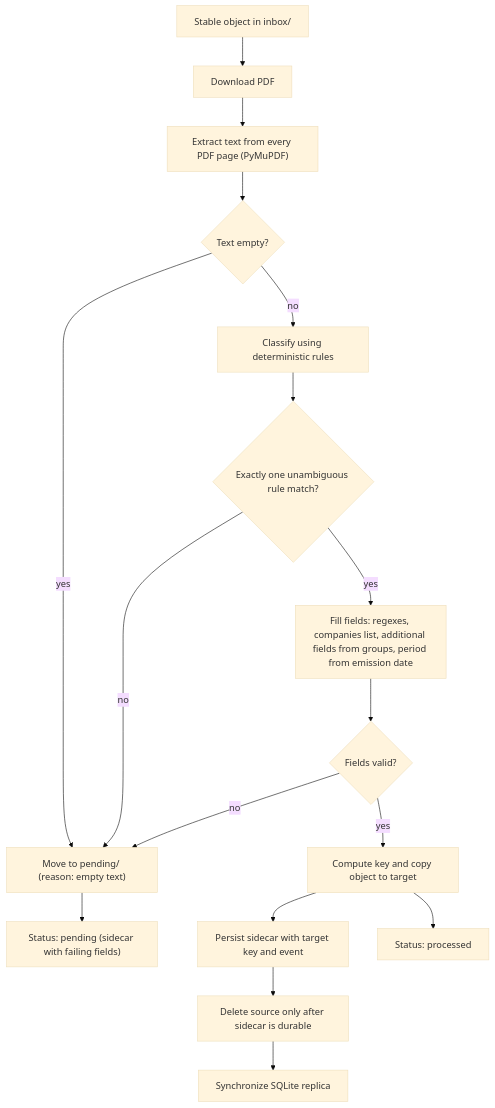
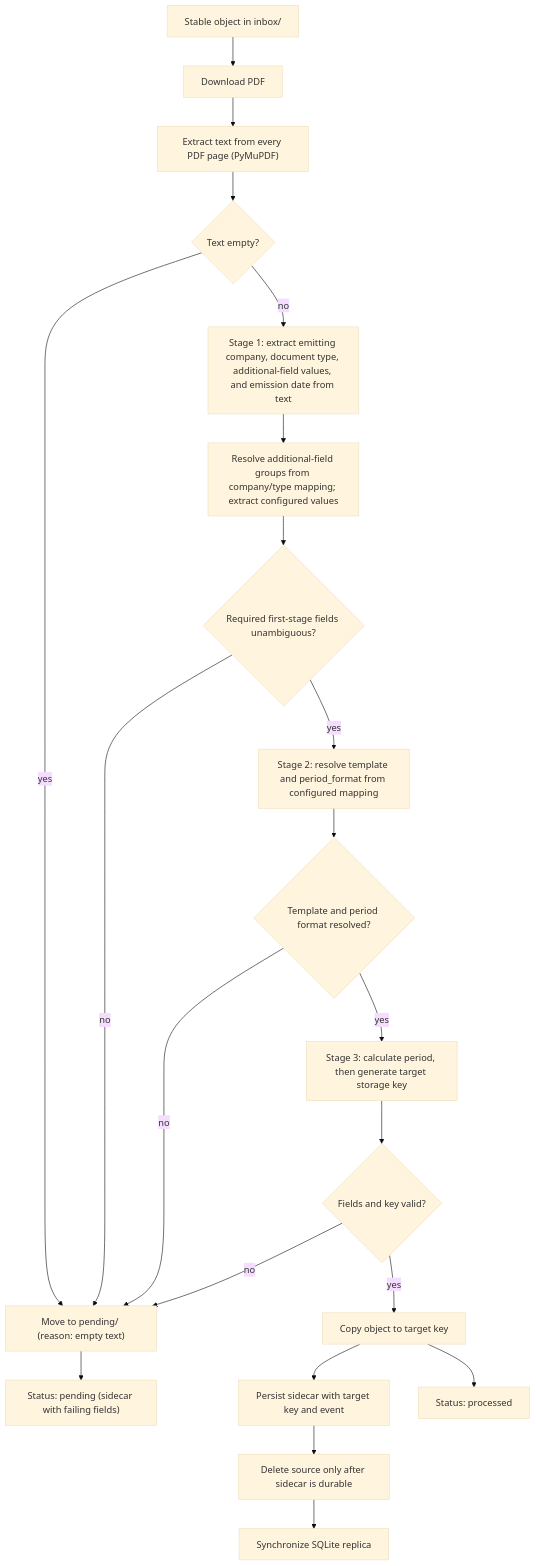
One commit to napnap75/multiarch-docker-images changed the second of 3 diagrams in automatic-pdf-renamer/arch.md. Above: the diagram before and after it, drawn with Mermaid (base theme). The commit also changed other lines of this file, not shown here.

Commit message:
Document ordered ML ingestion architecture

````diff
--- a/automatic-pdf-renamer/arch.md
+++ b/automatic-pdf-renamer/arch.md
@@ -100,19 +100,23 @@
 ```mermaid
 flowchart TD
   in["Stable object in inbox/"] --> dl["Download PDF"]
   dl --> tx["Extract text from every PDF page (PyMuPDF)"]
   tx --> empty{"Text empty?"}
   empty -- yes --> pending["Move to pending/ (reason: empty text)"]
-  empty -- no --> cls["Classify using deterministic rules"]
-  cls --> unamb{"Exactly one unambiguous rule match?"}
-  unamb -- no --> pending
-  unamb -- yes --> fill["Fill fields: regexes, companies list, additional fields from groups, period from emission date"]
-  fill --> valid{"Fields valid?"}
+  empty -- no --> stage1["Stage 1: extract emitting company, document type, additional-field values, and emission date from text"]
+  stage1 --> groups["Resolve additional-field groups from company/type mapping; extract configured values"]
+  groups --> firstvalid{"Required first-stage fields unambiguous?"}
+  firstvalid -- no --> pending
+  firstvalid -- yes --> stage2["Stage 2: resolve template and period_format from configured mapping"]
+  stage2 --> mappingvalid{"Template and period format resolved?"}
+  mappingvalid -- no --> pending
+  mappingvalid -- yes --> stage3["Stage 3: calculate period, then generate target storage key"]
+  stage3 --> valid{"Fields and key valid?"}
   valid -- no --> pending
-  valid -- yes --> rename["Compute key and copy object to target"]
+  valid -- yes --> rename["Copy object to target key"]
   rename --> sidecar["Persist sidecar with target key and event"]
   sidecar --> delete["Delete source only after sidecar is durable"]
   delete --> sqlite["Synchronize SQLite replica"]
   rename --> done["Status: processed"]
   pending --> wait["Status: pending (sidecar with failing fields)"]
 ```
````
